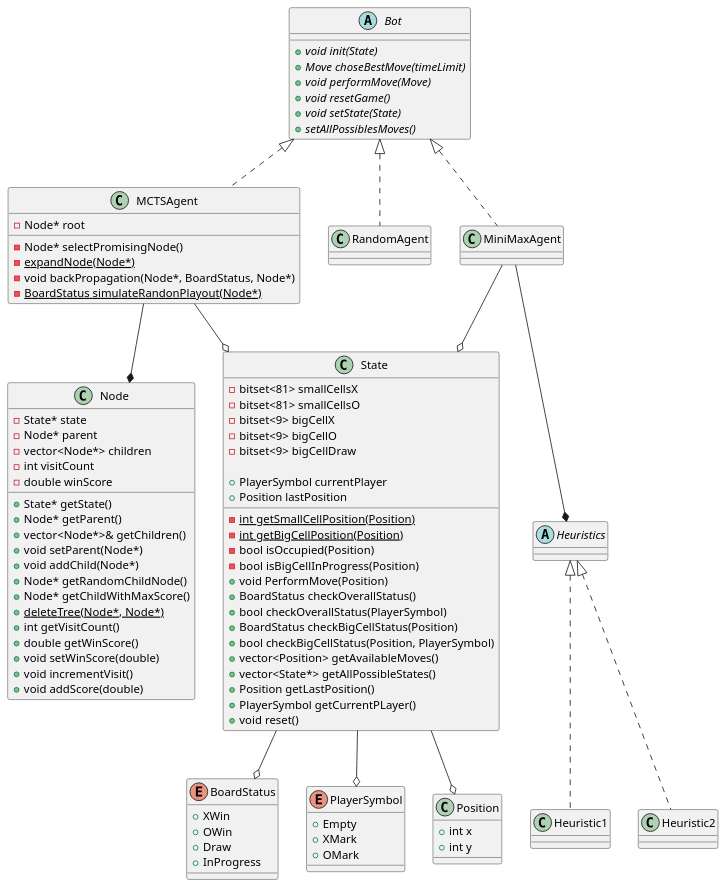
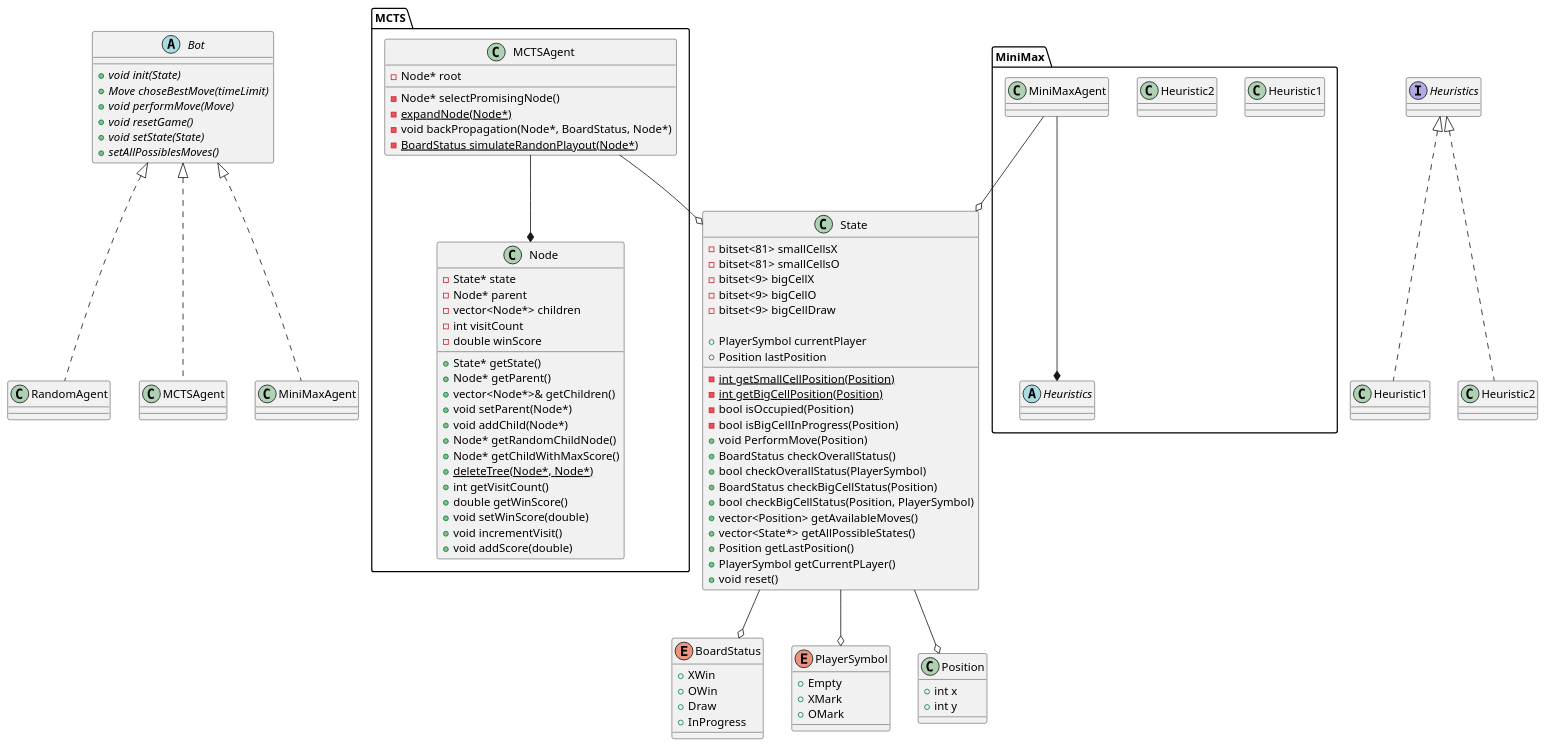
Before and after one commit to GlebNM/TicTacToe: the diagram in classes.puml, drawn with PlantUML. The commit also changed 9 other files, not shown here.

First line of the commit message:
Derive MCTS from abstract class Bot.

```diff
--- a/classes.puml
+++ b/classes.puml
@@ -1,115 +1,118 @@
 @startuml classes
 
 abstract Bot {
     {abstract} +void init(State)
     {abstract} +Move choseBestMove(timeLimit)
     {abstract} +void performMove(Move)
     {abstract} +void resetGame()
     {abstract} +void setState(State)
     {abstract} +setAllPossiblesMoves()
 }
 
 enum BoardStatus {
     + XWin
     + OWin
     + Draw
     + InProgress
 }
 
 enum PlayerSymbol {
     + Empty
     + XMark
     + OMark
 }
 
 class Position {
     + int x
     + int y
 }
+package MCTS {
+    class MCTSAgent {
+        -Node* root
+        -Node* selectPromisingNode()
+        -{static} expandNode(Node*)
+        -void backPropagation(Node*, BoardStatus, Node*)
+        -{static} BoardStatus simulateRandonPlayout(Node*)
+    }
+    class Node {
+        -State* state
+        -Node* parent
+        -vector<Node*> children
+        -int visitCount
+        -double winScore
 
-class MCTSAgent {
-    -Node* root
-    -Node* selectPromisingNode()
-    -{static} expandNode(Node*)
-    -void backPropagation(Node*, BoardStatus, Node*)
-    -{static} BoardStatus simulateRandonPlayout(Node*)
+        +State* getState()
+        +Node* getParent()
+        +vector<Node*>& getChildren()
+        +void setParent(Node*)
+        +void addChild(Node*)
+        +Node* getRandomChildNode()
+        +Node* getChildWithMaxScore()
+        +{static} deleteTree(Node*, Node*)
+        +int getVisitCount()
+        +double getWinScore()
+        +void setWinScore(double)
+        +void incrementVisit()
+        +void addScore(double)
+    }
 }
 
 MCTSAgent --* Node
-
-abstract Heuristics {
-    
-}
-
-class Heuristic1 {
-
-}
-
-class Heuristic2 {
-
-}
 
 class State {
     - bitset<81> smallCellsX
     - bitset<81> smallCellsO
     - bitset<9> bigCellX
     - bitset<9> bigCellO
     - bitset<9> bigCellDraw
     - {static} int getSmallCellPosition(Position)
     - {static} int getBigCellPosition(Position)
     - bool isOccupied(Position)
     - bool isBigCellInProgress(Position)
 
     + PlayerSymbol currentPlayer
     + Position lastPosition
     + void PerformMove(Position)
     + BoardStatus checkOverallStatus()
     + bool checkOverallStatus(PlayerSymbol)
     + BoardStatus checkBigCellStatus(Position)
     + bool checkBigCellStatus(Position, PlayerSymbol)
     + vector<Position> getAvailableMoves()
     + vector<State*> getAllPossibleStates()
     + Position getLastPosition()
     + PlayerSymbol getCurrentPLayer()
     + void reset()
 }
-class Node {
-    -State* state
-    -Node* parent
-    -vector<Node*> children
-    -int visitCount
-    -double winScore
 
-    +State* getState()
-    +Node* getParent()
-    +vector<Node*>& getChildren()
-    +void setParent(Node*)
-    +void addChild(Node*)
-    +Node* getRandomChildNode()
-    +Node* getChildWithMaxScore()
-    +{static} deleteTree(Node*, Node*)
-    +int getVisitCount()
-    +double getWinScore()
-    +void setWinScore(double)
-    +void incrementVisit()
-    +void addScore(double)
-}
 State --o PlayerSymbol
 State --o Position
 State --o BoardStatus
 class RandomAgent {
     
 }
+package MiniMax {
+    abstract Heuristics {
+        
+    }
 
-MiniMaxAgent --o State
-MCTSAgent --o State
-MiniMaxAgent --* Heuristics
+    class Heuristic1 {
+
+    }
+
+    class Heuristic2 {
+
+    }
+    MiniMaxAgent --o State
+    MCTSAgent --o State
+    MiniMaxAgent --* Heuristics
+
+}
 
 class MCTSAgent implements Bot
 class MiniMaxAgent implements Bot
 class RandomAgent implements Bot
 
 class Heuristic1 implements Heuristics
 class Heuristic2 implements Heuristics
 
 @enduml
```
